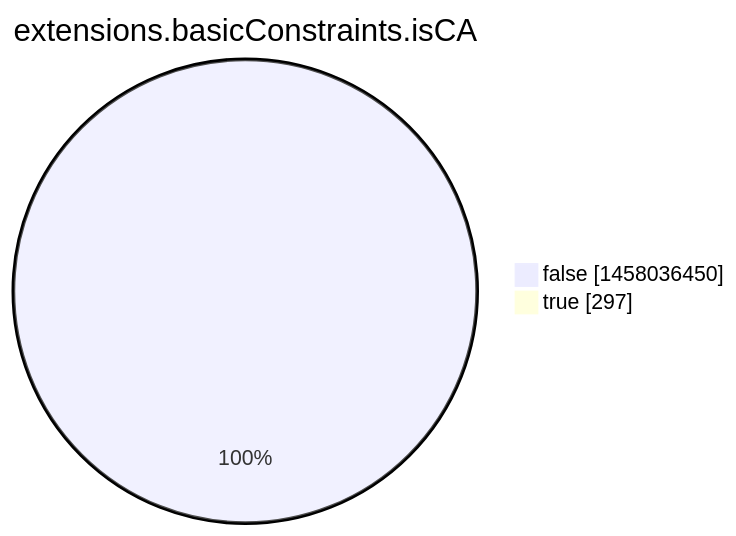
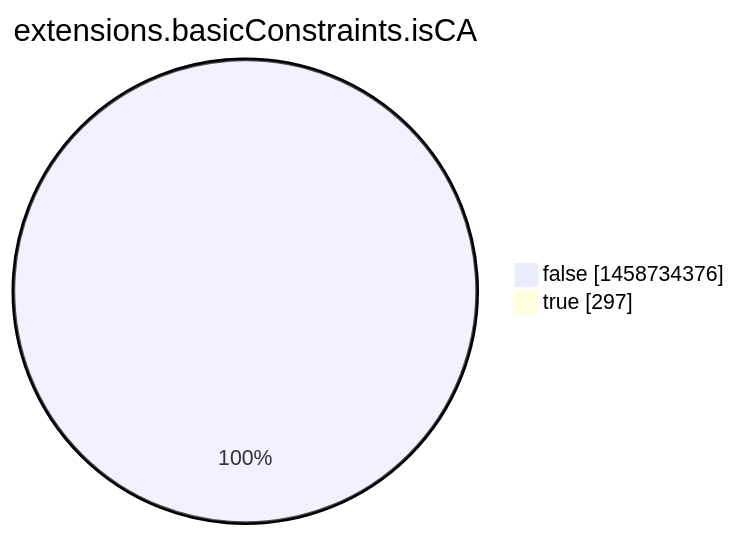
One commit to christiankrug/ctmonitor_visualization changed the eighth of 15 diagrams in argon2022/README.md. Above: the diagram before and after it, drawn with Mermaid. The commit also changed other lines of this file, not shown here.

````diff
--- a/argon2022/README.md
+++ b/argon2022/README.md
@@ -2760,6 +2760,6 @@
 ```mermaid
 pie showData
 title extensions.basicConstraints.isCA
-"false" :1458036450
+"false" :1458734376
 "true" :297
 ```
````
